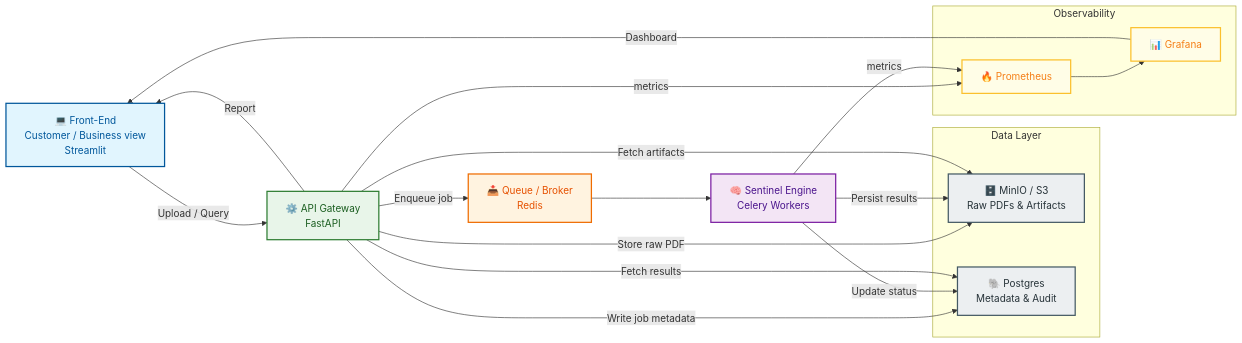
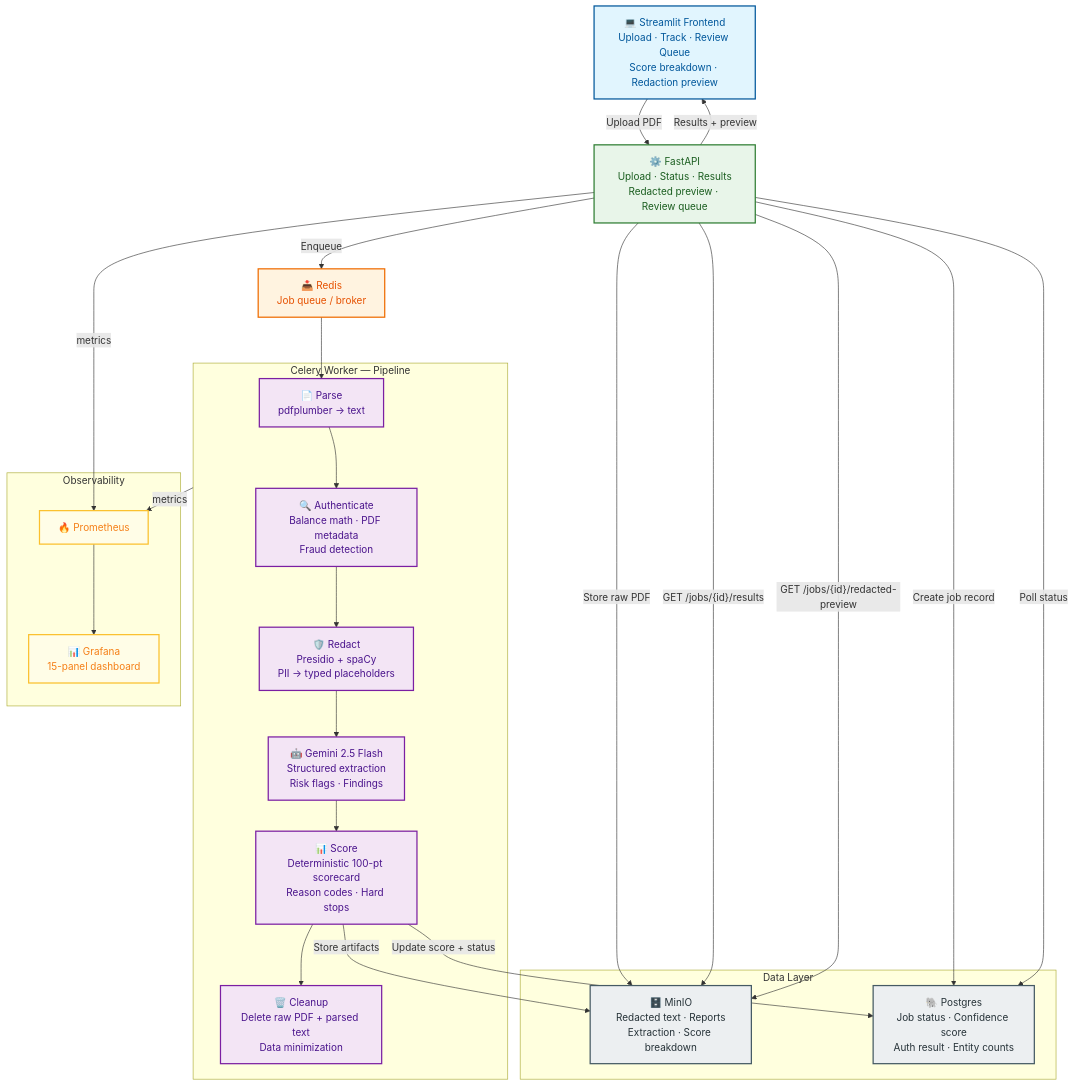
The diagram in README.md (NSF-DARSE/sentinel-nextgenai-execution-layer), drawn with Mermaid before and after one commit. The commit also changed other lines of this file and 11 other files, not shown here.

First line of the commit message:
feat: Phase 1 complete — Streamlit frontend, deterministic scoring, Gemini backend

````diff
--- a/README.md
+++ b/README.md
@@ -148,50 +165,66 @@
 ```mermaid
-graph LR
-    %% Node Definitions
-    UI["💻 Front-End<br/>Customer / Business view<br/>Streamlit"]
-    API["⚙️ API Gateway<br/>FastAPI"]
-    Q["📥 Queue / Broker<br/>Redis"]
-    ENG["🧠 Sentinel Engine<br/>Celery Workers"]
+graph TD
+    %% Frontend
+    UI["💻 Streamlit Frontend<br/>Upload · Track · Review Queue<br/>Score breakdown · Redaction preview"]
 
-    subgraph DATA [Data Layer]
-        S3["🗄️ MinIO / S3<br/>Raw PDFs & Artifacts"]
-        PG["🐘 Postgres<br/>Metadata & Audit"]
+    %% API
+    API["⚙️ FastAPI<br/>Upload · Status · Results<br/>Redacted preview · Review queue"]
+
+    %% Queue
+    Q["📥 Redis<br/>Job queue / broker"]
+
+    %% Pipeline steps
+    subgraph PIPELINE [Celery Worker — Pipeline]
+        P1["📄 Parse<br/>pdfplumber → text"]
+        P2["🔍 Authenticate<br/>Balance math · PDF metadata<br/>Fraud detection"]
+        P3["🛡️ Redact<br/>Presidio + spaCy<br/>PII → typed placeholders"]
+        P4["🤖 Gemini 2.5 Flash<br/>Structured extraction<br/>Risk flags · Findings"]
+        P5["📊 Score<br/>Deterministic 100-pt scorecard<br/>Reason codes · Hard stops"]
+        P6["🗑️ Cleanup<br/>Delete raw PDF + parsed text<br/>Data minimization"]
+        P1 --> P2 --> P3 --> P4 --> P5 --> P6
     end
 
+    %% Data layer
+    subgraph DATA [Data Layer]
+        S3["🗄️ MinIO<br/>Redacted text · Reports<br/>Extraction · Score breakdown"]
+        PG["🐘 Postgres<br/>Job status · Confidence score<br/>Auth result · Entity counts"]
+    end
+
+    %% Observability
     subgraph OBS [Observability]
         PROM["🔥 Prometheus"]
-        GRAF["📊 Grafana"]
+        GRAF["📊 Grafana<br/>15-panel dashboard"]
     end
 
-    %% Connections
-    UI -->|Upload / Query| API
-    API -->|Store raw PDF| S3
-    API -->|Write job metadata| PG
-    API -->|Enqueue job| Q
-    Q --> ENG
-    ENG -->|Persist results| S3
-    ENG -->|Update status| PG
-    API -->|Fetch results| PG
-    API -->|Fetch artifacts| S3
-    API -->|Report| UI
+    %% Flow
+    UI -->|"Upload PDF"| API
+    API -->|"Store raw PDF"| S3
+    API -->|"Create job record"| PG
+    API -->|"Enqueue"| Q
+    Q --> P1
+    P5 -->|"Store artifacts"| S3
+    P5 -->|"Update score + status"| PG
+    API -->|"GET /jobs/{id}/results"| S3
+    API -->|"GET /jobs/{id}/redacted-preview"| S3
+    API -->|"Poll status"| PG
+    API -->|"Results + preview"| UI
 
     API -->|metrics| PROM
-    ENG -->|metrics| PROM
+    PIPELINE -->|metrics| PROM
     PROM --> GRAF
-    GRAF -->|Dashboard| UI
 
     %% Styling
     classDef ui fill:#e1f5fe,stroke:#01579b,stroke-width:2px,color:#01579b;
     classDef api fill:#e8f5e9,stroke:#2e7d32,stroke-width:2px,color:#1b5e20;
     classDef queue fill:#fff3e0,stroke:#ef6c00,stroke-width:2px,color:#e65100;
-    classDef engine fill:#f3e5f5,stroke:#7b1fa2,stroke-width:2px,color:#4a148c;
+    classDef pipeline fill:#f3e5f5,stroke:#7b1fa2,stroke-width:2px,color:#4a148c;
     classDef data fill:#eceff1,stroke:#455a64,stroke-width:2px,color:#263238;
     classDef obs fill:#fffde7,stroke:#fbc02d,stroke-width:2px,color:#f57f17;
 
     class UI ui;
     class API api;
     class Q queue;
-    class ENG engine;
+    class P1,P2,P3,P4,P5,P6 pipeline;
     class S3,PG data;
     class PROM,GRAF obs;
 ```
````
